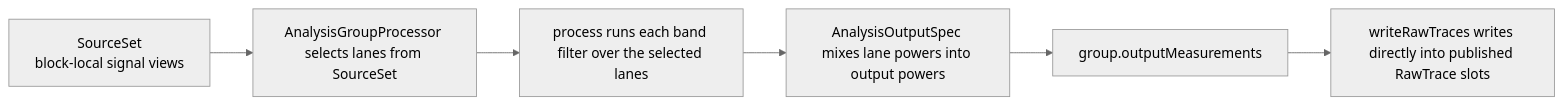
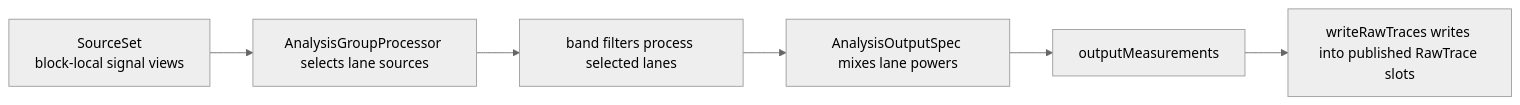
One commit to Silenterc/Band-Spectrum-Analyzer changed the sixth of 8 diagrams in docs/audio-processing-architecture.md. Above: the diagram before and after it, drawn with Mermaid (neutral theme). The commit also changed other lines of this file and 49 other files, not shown here.

````diff
--- a/docs/audio-processing-architecture.md
+++ b/docs/audio-processing-architecture.md
@@ -120,8 +136,8 @@
 ```mermaid
 flowchart LR
-    SourceSet[SourceSet\nblock-local signal views] --> Select[AnalysisGroupProcessor selects lanes from SourceSet]
-    Select --> Filter[process runs each band filter over the selected lanes]
-    Filter --> Mix[AnalysisOutputSpec mixes lane powers into output powers]
-    Mix --> Measurements[group.outputMeasurements]
-    Measurements --> RawTrace[writeRawTraces writes directly into published RawTrace slots]
+    SourceSet[SourceSet\nblock-local signal views] --> Select[AnalysisGroupProcessor selects lane sources]
+    Select --> Filter[band filters process selected lanes]
+    Filter --> Mix[AnalysisOutputSpec mixes lane powers]
+    Mix --> Measurements[outputMeasurements]
+    Measurements --> RawTrace[writeRawTraces writes into published RawTrace slots]
 ```
````
